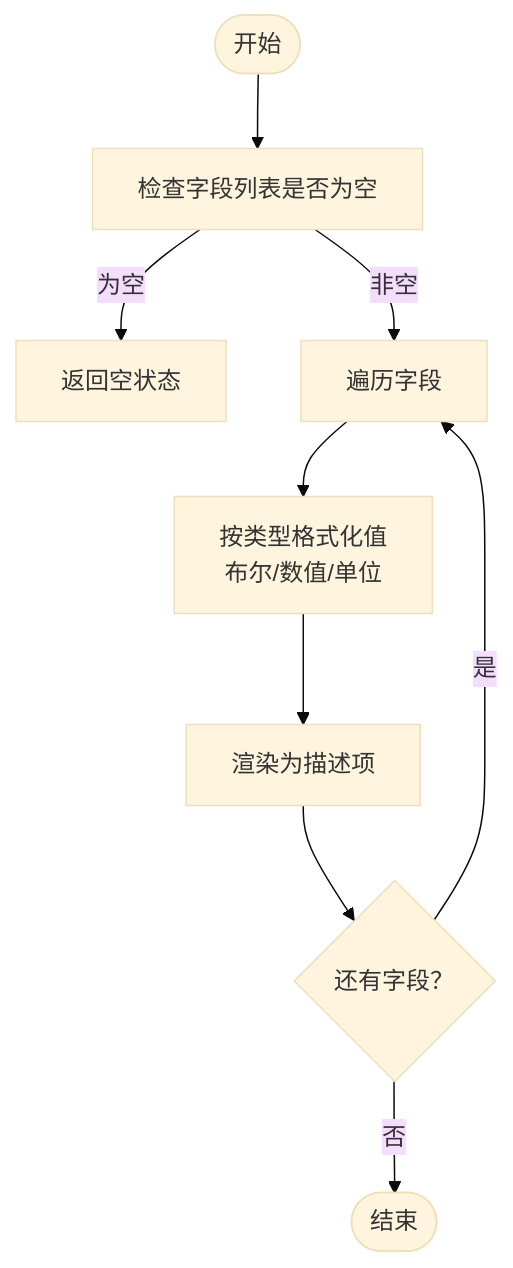
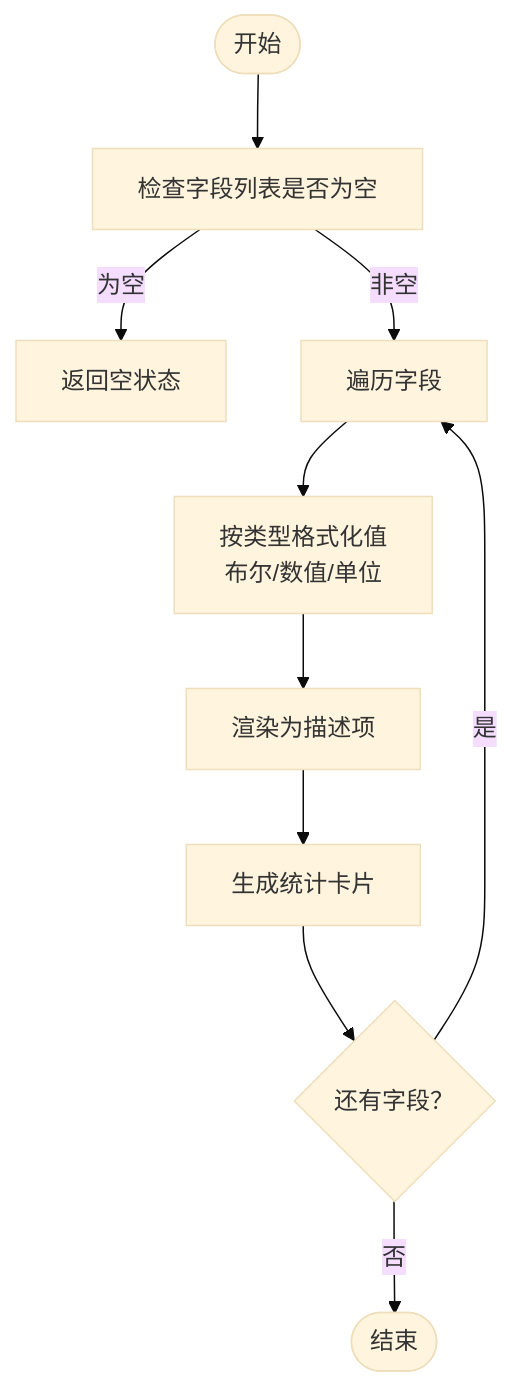
Before and after one commit to mcmrzy/cs_inv_monitor-develop: the fifth of 10 diagrams in .qoder/repowiki/zh/content/管理后台前端/管理后台前端.md, drawn with Mermaid (base theme). The commit also changed other lines of this file and 128 other files, not shown here.

````diff
--- a/.qoder/repowiki/zh/content/管理后台前端/管理后台前端.md
+++ b/.qoder/repowiki/zh/content/管理后台前端/管理后台前端.md
@@ -196,11 +278,12 @@
 ```mermaid
 flowchart TD
 Start(["开始"]) --> CheckFields["检查字段列表是否为空"]
 CheckFields --> |为空| Empty["返回空状态"]
 CheckFields --> |非空| Iterate["遍历字段"]
 Iterate --> Format["按类型格式化值<br/>布尔/数值/单位"]
 Format --> Render["渲染为描述项"]
-Render --> Next{"还有字段？"}
+Render --> Stats["生成统计卡片"]
+Stats --> Next{"还有字段？"}
 Next --> |是| Iterate
 Next --> |否| Done(["结束"])
 ```
````
